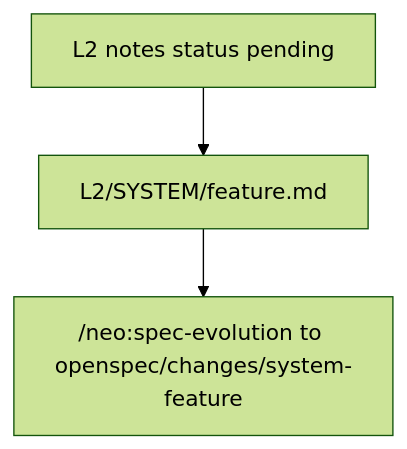
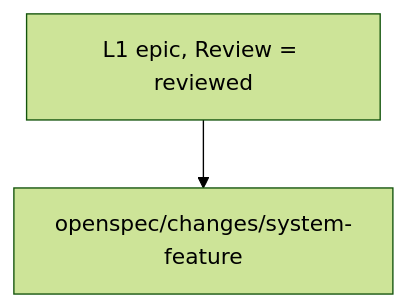
One commit to AdamAntinoo/neocom-meta changed the third of 5 diagrams in PROGRAMME.md. Above: the diagram before and after it, drawn with Mermaid (forest theme). The commit also changed other lines of this file and 261 other files, not shown here.

````diff
--- a/PROGRAMME.md
+++ b/PROGRAMME.md
@@ -207,5 +178,4 @@
 ```mermaid
 flowchart TD
-  pending["L2 notes status pending"] --> place["L2/SYSTEM/feature.md"]
-  place --> openspec["/neo:spec-evolution to openspec/changes/system-feature"]
+  l1["L1 epic, Review = reviewed"] --> os["openspec/changes/system-feature"]
 ```
````
